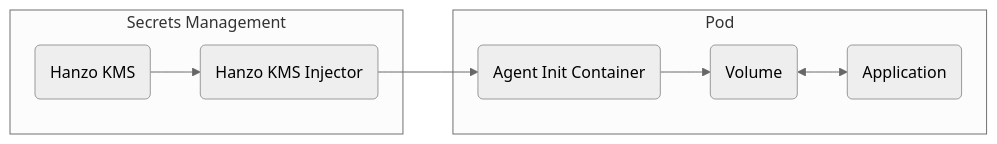
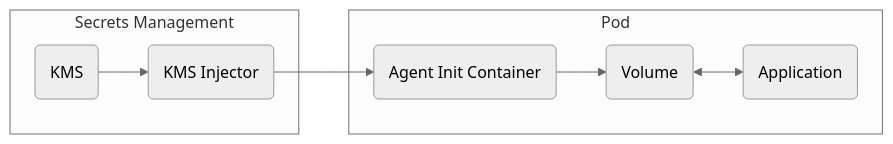
One commit to hanzoai/kms changed the diagram in docs/integrations/platforms/kubernetes-injector.mdx. Above: the diagram before and after it, drawn with Mermaid (neutral theme). The commit also changed other lines of this file and 855 other files, not shown here.

````diff
--- a/docs/integrations/platforms/kubernetes-injector.mdx
+++ b/docs/integrations/platforms/kubernetes-injector.mdx
@@ -17,13 +17,13 @@
 ```mermaid
 flowchart LR
     subgraph Secrets Management
-        SS(Hanzo KMS) --> INJ(Hanzo KMS Injector)
+        SS(KMS) --> INJ(KMS Injector)
     end
 
     subgraph Pod
         INJ --> INIT(Agent Init Container)
         INIT --> V(Volume)
         V <--> P(Application)
     end
     
 ```
````
